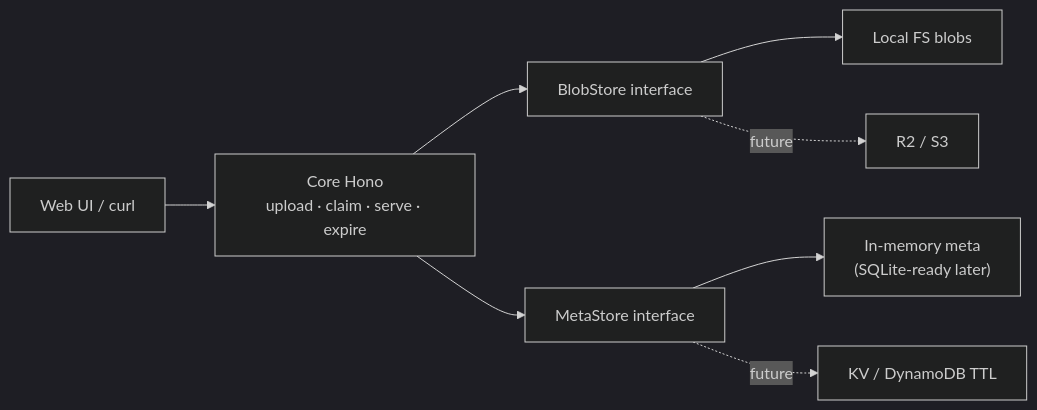
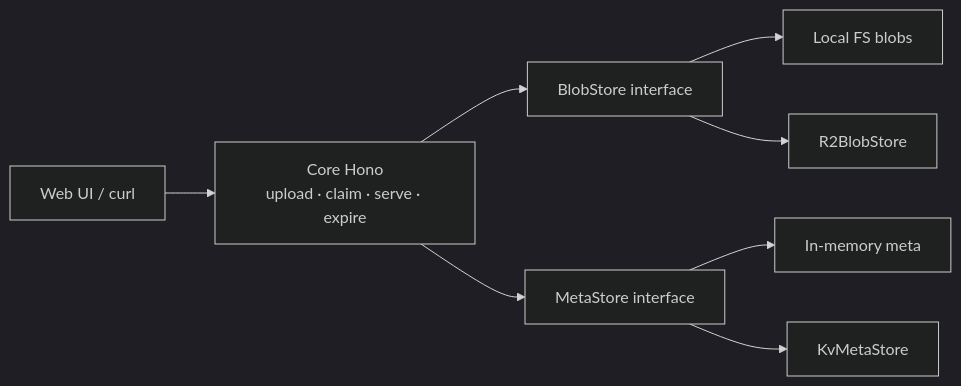
One commit to vovanduc/stage-drop changed the diagram in README.md. Above: the diagram before and after it, drawn with Mermaid (dark theme). The commit also changed other lines of this file, not shown here.

````diff
--- a/README.md
+++ b/README.md
@@ -40,10 +66,10 @@
 ```mermaid
 flowchart LR
   UI["Web UI / curl"] --> Core["Core Hono\nupload · claim · serve · expire"]
   Core --> Blob["BlobStore interface"]
   Core --> Meta["MetaStore interface"]
   Blob --> FS["Local FS blobs"]
-  Meta --> Mem["In-memory meta\n(SQLite-ready later)"]
-  Blob -. future .-> R2["R2 / S3"]
-  Meta -. future .-> KV["KV / DynamoDB TTL"]
+  Meta --> Mem["In-memory meta"]
+  Blob --> R2["R2BlobStore"]
+  Meta --> KV["KvMetaStore"]
 ```
````
